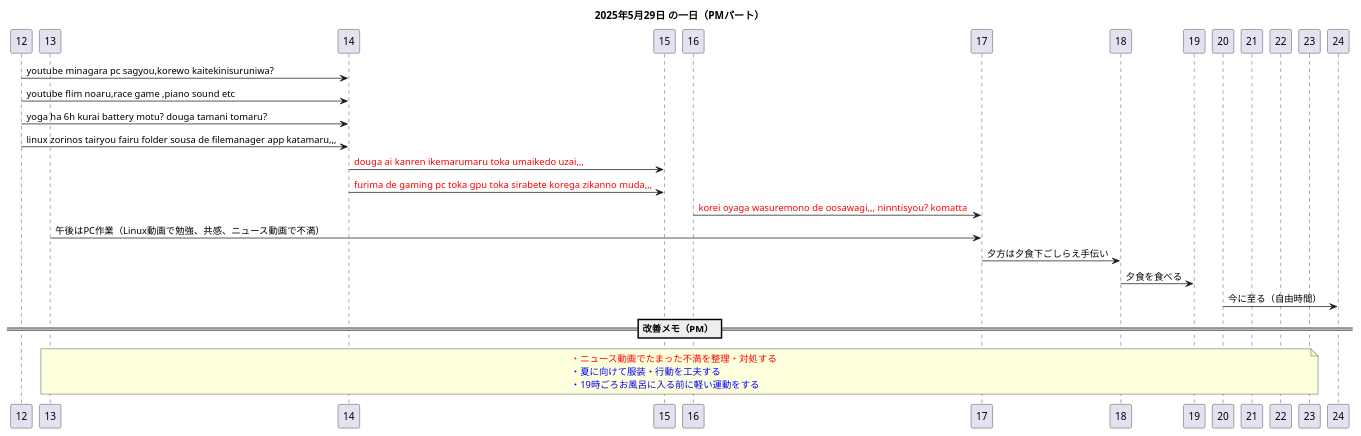
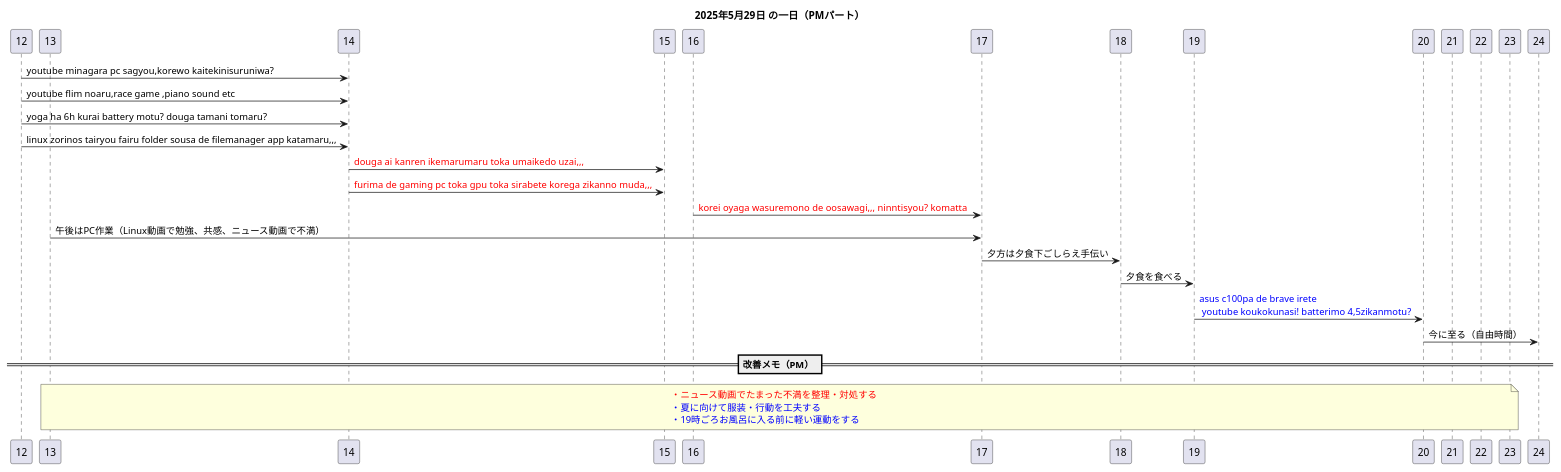
One commit to coacoa/images changed the diagram in diary_250529pm.pu. Above: the diagram before and after it, drawn with PlantUML.

```diff
--- a/diary_250529pm.pu
+++ b/diary_250529pm.pu
@@ -1,37 +1,38 @@
 @startuml
 title 2025年5月29日 の一日（PMパート）
 
 participant "12" as T12
 participant "13" as T13
 participant "14" as T14
 participant "15" as T15
 participant "16" as T16
 participant "17" as T17
 participant "18" as T18
 participant "19" as T19
 participant "20" as T20
 participant "21" as T21
 participant "22" as T22
 participant "23" as T23
 participant "24" as T24
 
 T12 -> T14: youtube minagara pc sagyou,korewo kaitekinisuruniwa?
 T12 -> T14: youtube flim noaru,race game ,piano sound etc
 T12 -> T14: yoga ha 6h kurai battery motu? douga tamani tomaru?
 T12 -> T14: linux zorinos tairyou fairu folder sousa de filemanager app katamaru,,,
 T14 -> T15: <font color=red>douga ai kanren ikemarumaru toka umaikedo uzai,,,</font>
 T14 -> T15: <font color=red>furima de gaming pc toka gpu toka sirabete korega zikanno muda,,,</font>
 T16 -> T17: <font color=red>korei oyaga wasuremono de oosawagi,,, ninntisyou? komatta </font>
 T13 -> T17: 午後はPC作業（Linux動画で勉強、共感、ニュース動画で不満）
 T17 -> T18: 夕方は夕食下ごしらえ手伝い
 T18 -> T19: 夕食を食べる
+T19 -> T20: <color:blue>asus c100pa de brave irete</color>\n <color:blue>youtube koukokunasi! batterimo 4,5zikanmotu?</color>
 T20 -> T24: 今に至る（自由時間）
 
 == 改善メモ（PM） ==
 note over T13, T23
 <color:red>・ニュース動画でたまった不満を整理・対処する</color>  
 <color:blue>・夏に向けて服装・行動を工夫する</color>  
 <color:blue>・19時ごろお風呂に入る前に軽い運動をする</color>
 end note
 
 @enduml
```
